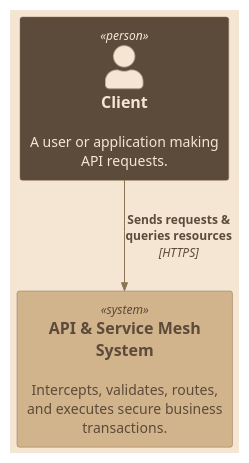
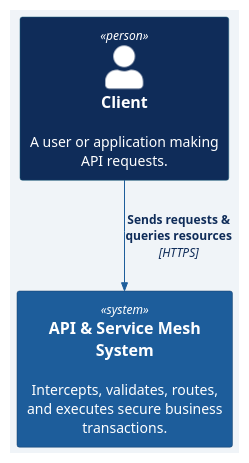
One commit to kiquetal/kiquetal.github.io changed the diagram in public/blog/2026-08-08-auth-ext-middleware/c1-context.puml. Above: the diagram before and after it, drawn with PlantUML. The commit also changed 3 other files, not shown here.

Commit message:
feat: enhance C4 diagrams with external backend interactions and updated styling

```diff
--- a/public/blog/2026-08-08-auth-ext-middleware/c1-context.puml
+++ b/public/blog/2026-08-08-auth-ext-middleware/c1-context.puml
@@ -1,16 +1,32 @@
 @startuml
 !include <C4/C4_Context>
 
-skinparam backgroundcolor #F5E6D3
+skinparam backgroundcolor #F0F4F8
 skinparam DefaultFontName "Courier New"
 
-UpdateElementStyle("person", $bgColor="#5C4A3A", $fontColor="#F5E6D3", $borderColor="#8B7355")
-UpdateElementStyle("system", $bgColor="#D2B48C", $fontColor="#5C4A3A", $borderColor="#8B7355")
-UpdateRelStyle($lineColor="#8B7355", $textColor="#5C4A3A")
+skinparam rectangle<<person>> {
+    BackgroundColor #0F2C59
+    FontColor #FFFFFF
+    BorderColor #1A5F7A
+}
+skinparam rectangle<<external_person>> {
+    BackgroundColor #3E4A56
+    FontColor #FFFFFF
+    BorderColor #2F3A44
+}
+skinparam rectangle<<system>> {
+    BackgroundColor #1D5D9B
+    FontColor #FFFFFF
+    BorderColor #143F6B
+}
+skinparam arrow {
+    Color #1D5D9B
+    FontColor #0F2C59
+}
 
 Person(client, "Client", "A user or application making API requests.")
 System(api_system, "API & Service Mesh System", "Intercepts, validates, routes, and executes secure business transactions.")
 
 Rel(client, api_system, "Sends requests & queries resources", "HTTPS")
 
 @enduml
```
